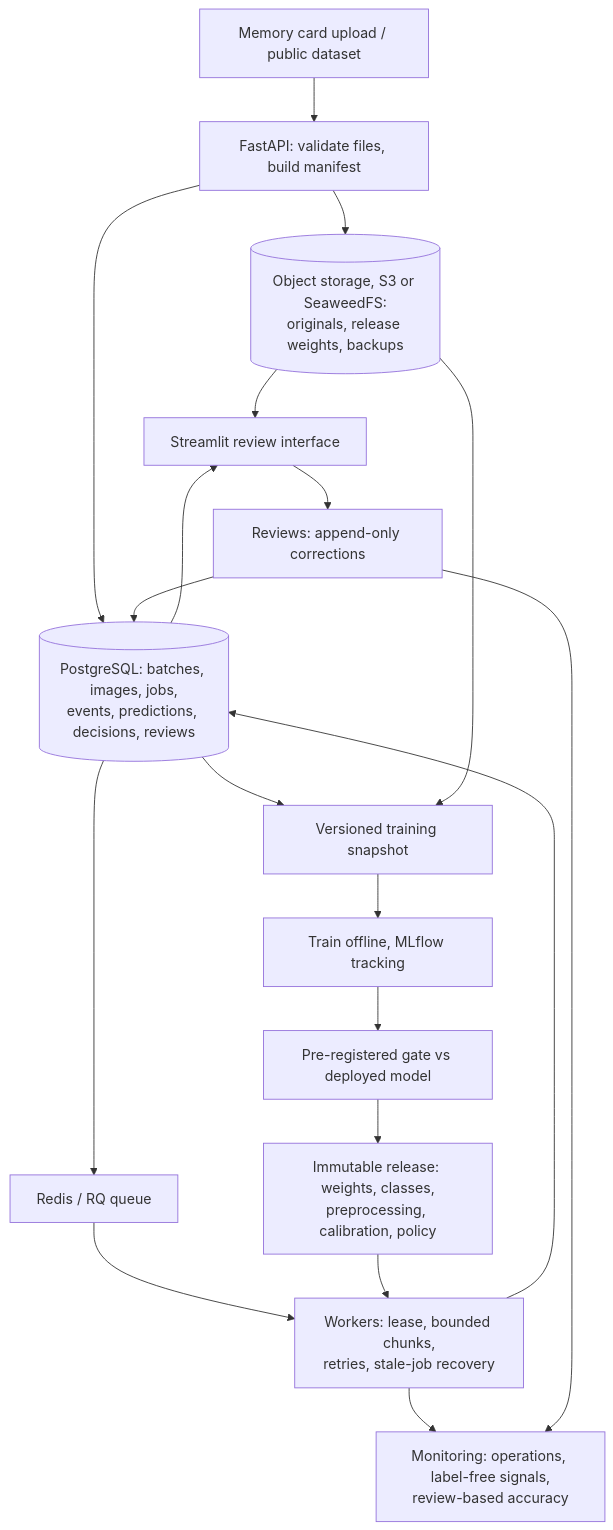
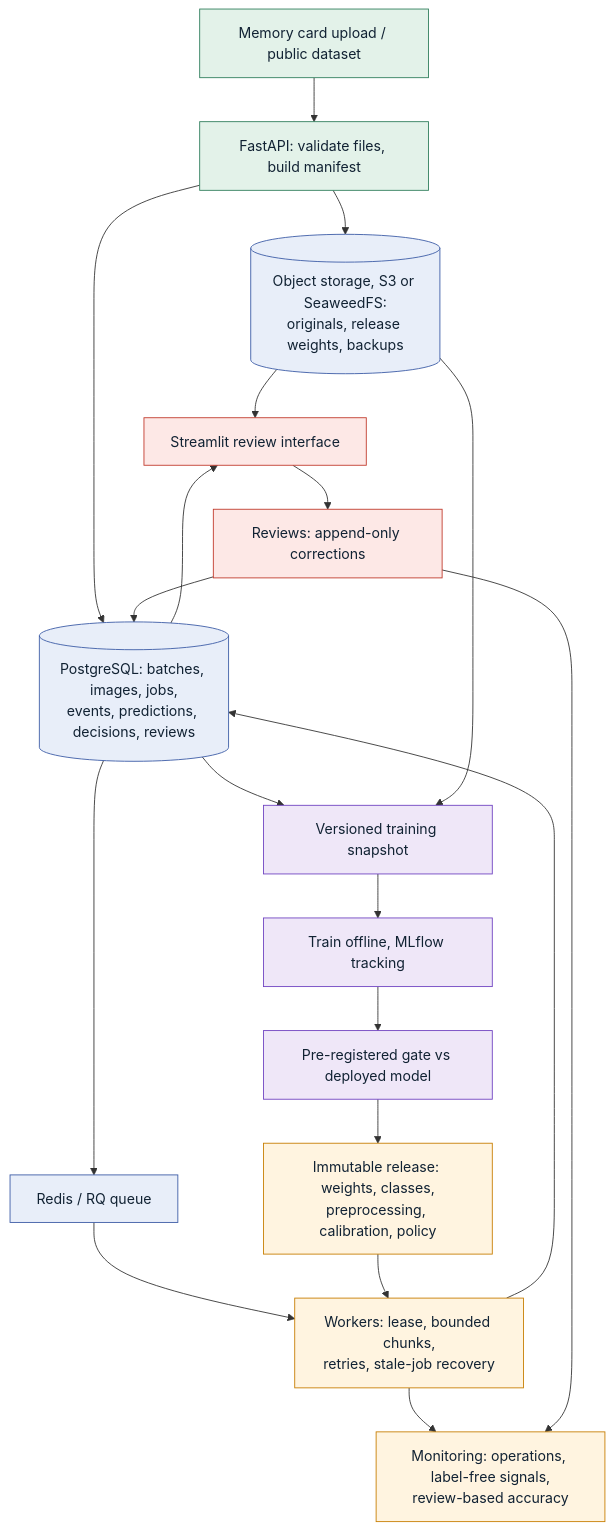
One commit to professor3333/wildinbox changed the diagram in README.md. Above: the diagram before and after it, drawn with Mermaid. The commit also changed other lines of this file and 1 other file, not shown here.

````diff
--- a/README.md
+++ b/README.md
@@ -12,21 +38,32 @@
 ```mermaid
 flowchart TD
     U[Memory card upload / public dataset] --> A[FastAPI: validate files, build manifest]
     A --> S3[(Object storage, S3 or SeaweedFS:<br/>originals, release weights, backups)]
     A --> PG[(PostgreSQL: batches, images, jobs,<br/>events, predictions, decisions, reviews)]
     PG --> Q[Redis / RQ queue]
     Q --> W[Workers: lease, bounded chunks,<br/>retries, stale-job recovery]
     R[Immutable release: weights, classes,<br/>preprocessing, calibration, policy] --> W
     W --> PG
     PG --> UI[Streamlit review interface]
     S3 --> UI
     UI --> H[Reviews: append-only corrections]
     H --> PG
     PG --> SN[Versioned training snapshot]
     S3 --> SN
     SN --> T[Train offline, MLflow tracking]
     T --> G[Pre-registered gate vs deployed model]
     G --> R
     W --> M[Monitoring: operations, label-free signals,<br/>review-based accuracy]
     H --> M
+
+    classDef ingest fill:#e3f2e9,stroke:#2e7d5b,color:#123;
+    classDef store fill:#e8eef9,stroke:#3b5ba5,color:#123;
+    classDef serve fill:#fff4e0,stroke:#c77d00,color:#123;
+    classDef human fill:#fde8e6,stroke:#c0392b,color:#123;
+    classDef ml fill:#efe7f8,stroke:#6f42c1,color:#123;
+    class U,A ingest;
+    class S3,PG,Q store;
+    class W,R,M serve;
+    class UI,H human;
+    class SN,T,G ml;
 ```
````
